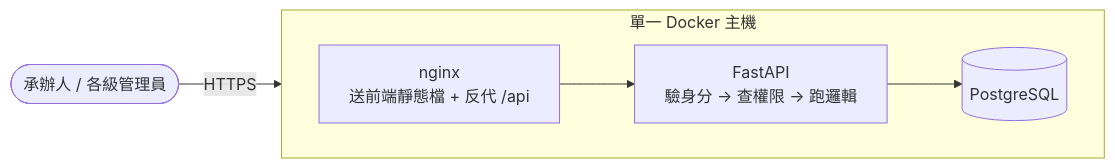
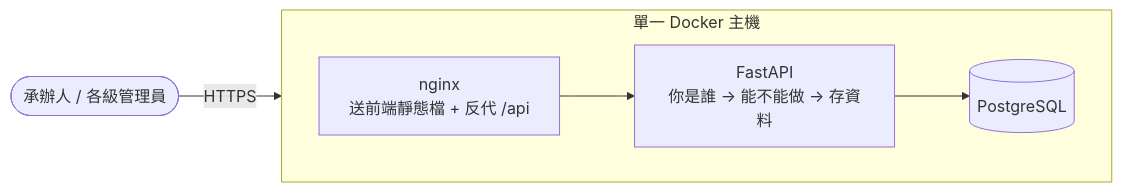
The diagram in src/content/posts/ai-risk-assessment-system-development.md (happyloa/Personal-Blog), drawn with Mermaid before and after one commit. The commit also changed other lines of this file, not shown here.

````diff
--- a/src/content/posts/ai-risk-assessment-system-development.md
+++ b/src/content/posts/ai-risk-assessment-system-development.md
@@ -35,12 +23,12 @@
 ```mermaid
 flowchart LR
     User(["承辦人 / 各級管理員"])
     subgraph SYS["單一 Docker 主機"]
       direction LR
       NG["nginx<br>送前端靜態檔 + 反代 /api"]
-      BE["FastAPI<br>驗身分 → 查權限 → 跑邏輯"]
+      BE["FastAPI<br>你是誰 → 能不能做 → 存資料"]
       DB[("PostgreSQL")]
       NG --> BE --> DB
     end
     User -->|"HTTPS"| NG
 ```
````
